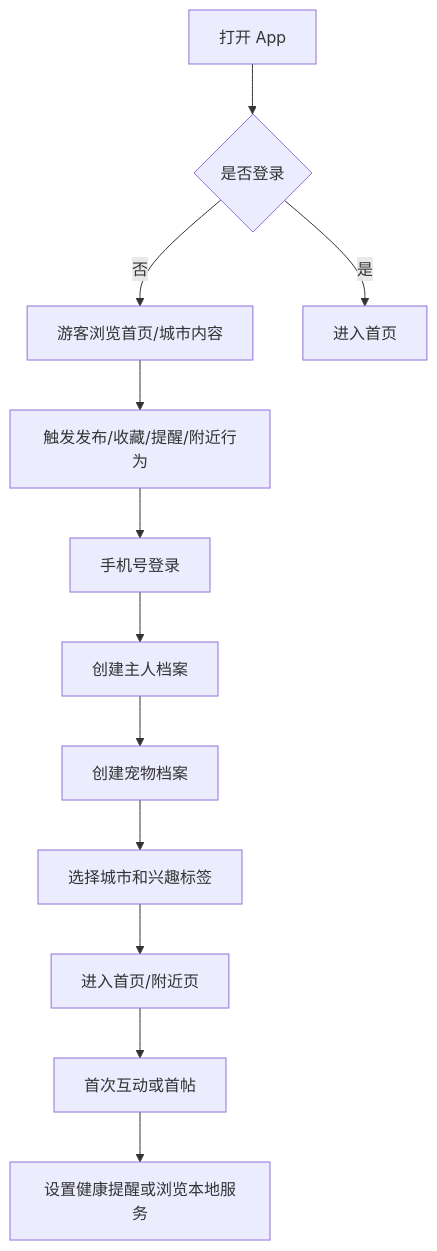
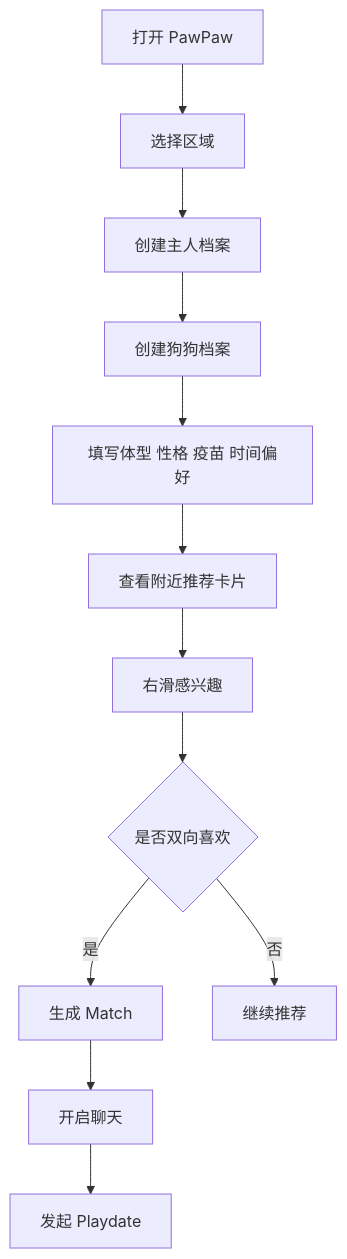
Before and after one commit to DarryDarius/PawPaw: the first of 2 diagrams in mvp.md, drawn with Mermaid. The commit also changed other lines of this file and 7 other files, not shown here.

````diff
--- a/mvp.md
+++ b/mvp.md
@@ -124,14 +122,14 @@
 ```mermaid
 flowchart TD
-    A[打开 App] --> B{是否登录}
-    B -->|否| C[游客浏览首页/城市内容]
-    B -->|是| D[进入首页]
-    C --> E[触发发布/收藏/提醒/附近行为]
-    E --> F[手机号登录]
-    F --> G[创建主人档案]
-    G --> H[创建宠物档案]
-    H --> I[选择城市和兴趣标签]
-    I --> J[进入首页/附近页]
-    J --> K[首次互动或首帖]
-    K --> L[设置健康提醒或浏览本地服务]
+    A[打开 PawPaw] --> B[选择区域]
+    B --> C[创建主人档案]
+    C --> D[创建狗狗档案]
+    D --> E[填写体型 性格 疫苗 时间偏好]
+    E --> F[查看附近推荐卡片]
+    F --> G[右滑感兴趣]
+    G --> H{是否双向喜欢}
+    H -->|是| I[生成 Match]
+    H -->|否| J[继续推荐]
+    I --> K[开启聊天]
+    K --> L[发起 Playdate]
 ```
````
